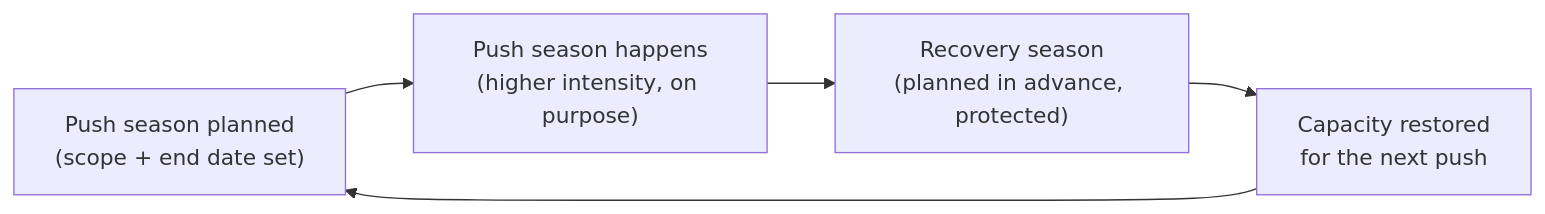
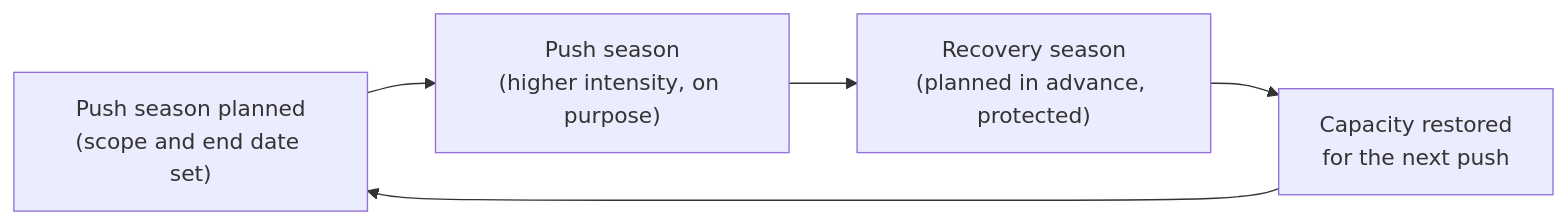
The first of 2 diagrams in src/content/sustainable-performance/long-horizon-sustainability/L2-concept.mdx (francoandreDev/knowledge), drawn with Mermaid before and after one commit. The commit also changed other lines of this file and 16 other files, not shown here.

````diff
--- a/src/content/sustainable-performance/long-horizon-sustainability/L2-concept.mdx
+++ b/src/content/sustainable-performance/long-horizon-sustainability/L2-concept.mdx
@@ -72,7 +50,7 @@
 ```mermaid
 flowchart LR
-    A["Push season planned\n(scope + end date set)"] --> B["Push season happens\n(higher intensity, on purpose)"]
-    B --> C["Recovery season\n(planned in advance, protected)"]
-    C --> D["Capacity restored\nfor the next push"]
+    A["Push season planned<br/>(scope and end date set)"] --> B["Push season<br/>(higher intensity, on purpose)"]
+    B --> C["Recovery season<br/>(planned in advance, protected)"]
+    C --> D["Capacity restored<br/>for the next push"]
     D --> A
 ```
````
